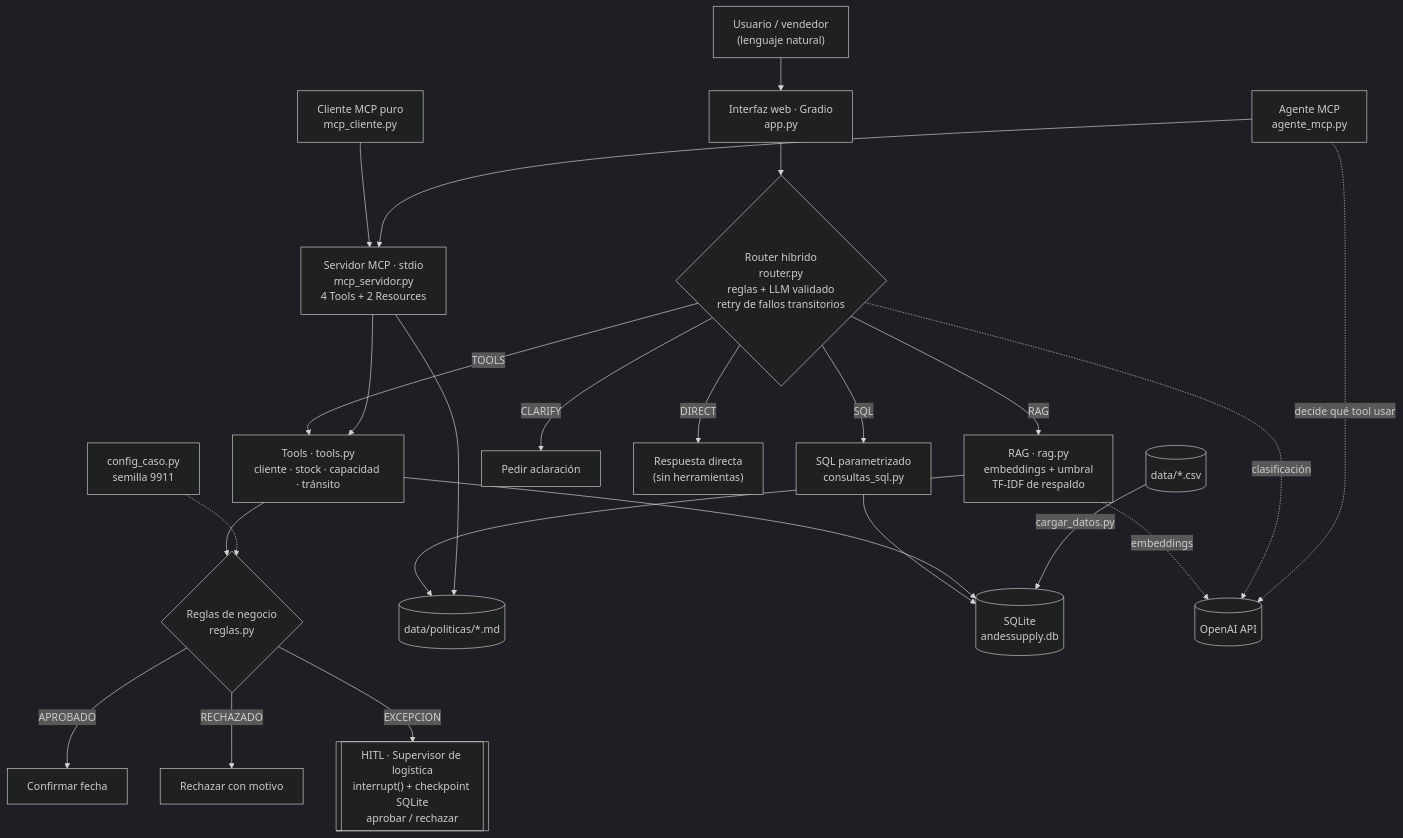
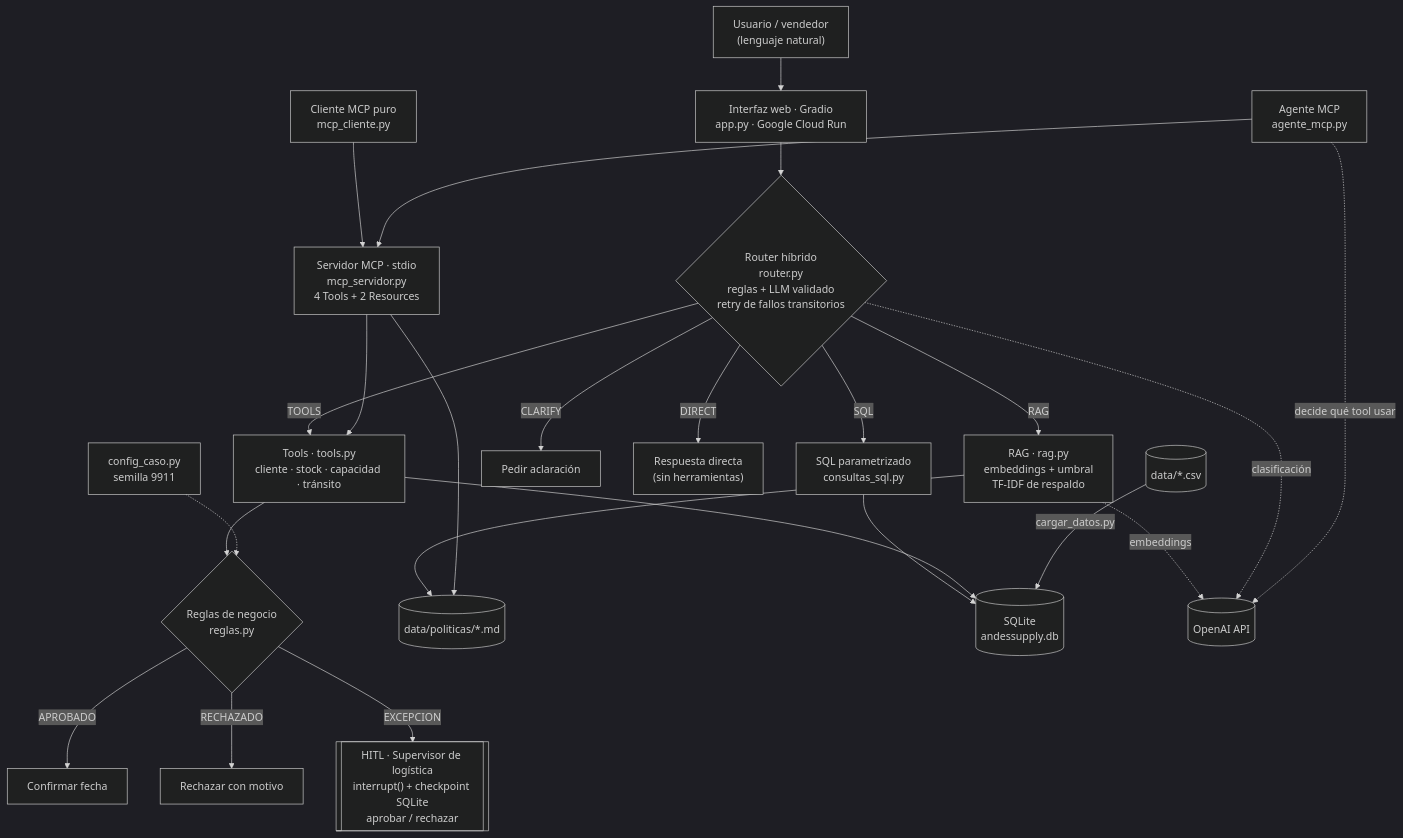
The diagram in README.md (cesardataviz/romero_cesar_modulo3_dsrp), drawn with Mermaid (dark theme) before and after one commit. The commit also changed other lines of this file and 4 other files, not shown here.

Commit message:
Despliegue en Google Cloud Run: uvicorn en la nube y documentación (D15, Evidencia 21)

````diff
--- a/README.md
+++ b/README.md
@@ -33,31 +33,31 @@
 ```mermaid
 flowchart TD
-    U["Usuario / vendedor<br/>(lenguaje natural)"] --> UI["Interfaz web · Gradio<br/>app.py"]
+    U["Usuario / vendedor<br/>(lenguaje natural)"] --> UI["Interfaz web · Gradio<br/>app.py · Google Cloud Run"]
     UI --> R{"Router híbrido<br/>router.py<br/>reglas + LLM validado<br/>retry de fallos transitorios"}
 
     R -->|RAG| RAG["RAG · rag.py<br/>embeddings + umbral<br/>TF-IDF de respaldo"]
     R -->|SQL| SQL["SQL parametrizado<br/>consultas_sql.py"]
     R -->|TOOLS| T["Tools · tools.py<br/>cliente · stock · capacidad · tránsito"]
     R -->|CLARIFY| C["Pedir aclaración"]
     R -->|DIRECT| D["Respuesta directa<br/>(sin herramientas)"]
 
     T --> RG{"Reglas de negocio<br/>reglas.py"}
     RG -->|APROBADO| OK["Confirmar fecha"]
     RG -->|RECHAZADO| NO["Rechazar con motivo"]
     RG -->|EXCEPCION| H[["HITL · Supervisor de logística<br/>interrupt() + checkpoint SQLite<br/>aprobar / rechazar"]]
 
     RAG --> DOCS[("data/politicas/*.md")]
     SQL --> DB[("SQLite<br/>andessupply.db")]
     T --> DB
     CSV[("data/*.csv")] -->|cargar_datos.py| DB
     CFG["config_caso.py<br/>semilla 9911"] -.-> RG
     RAG -.->|embeddings| OAI[("OpenAI API")]
     R -.->|clasificación| OAI
     MS["Servidor MCP · stdio<br/>mcp_servidor.py<br/>4 Tools + 2 Resources"] --> T
     MS --> DOCS
     CL["Cliente MCP puro<br/>mcp_cliente.py"] --> MS
     AG["Agente MCP<br/>agente_mcp.py"] --> MS
     AG -.->|decide qué tool usar| OAI
 
 
 ```
````
